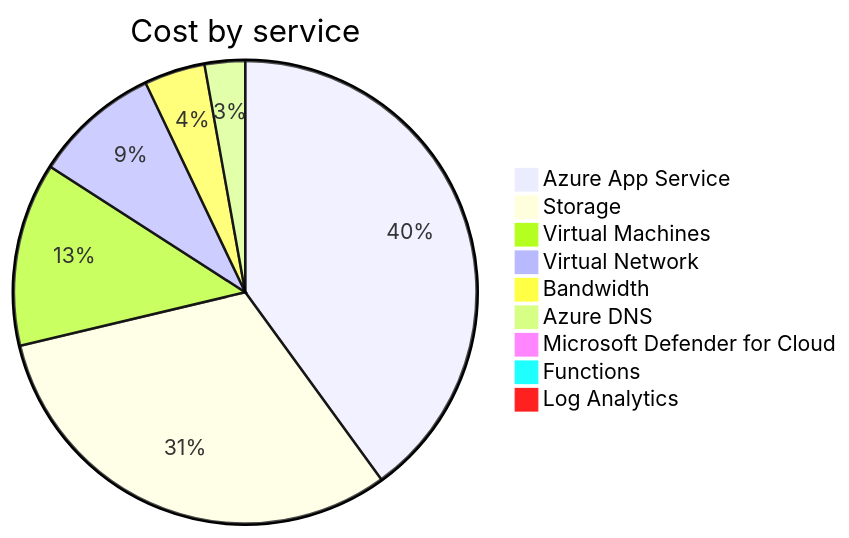
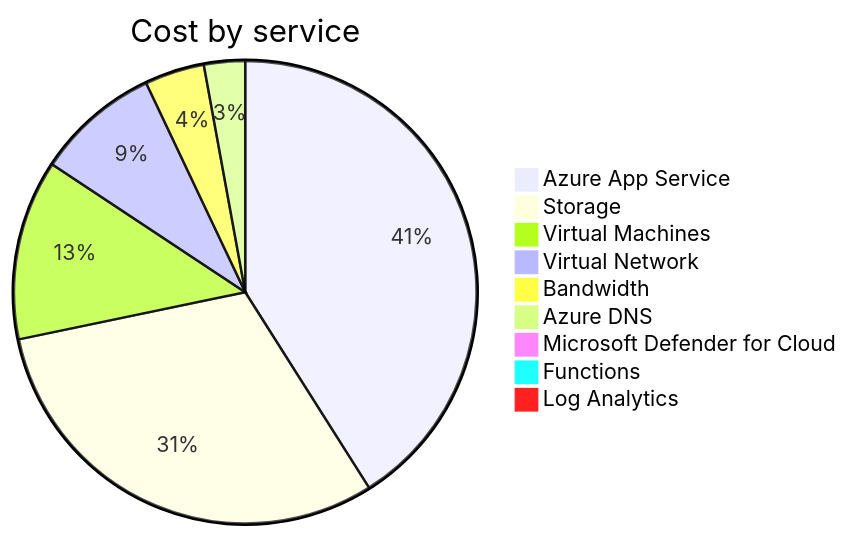
Before and after one commit to jpfulton/azure-personal-reports: the second of 4 diagrams in cost-reports/accumulated-cost.md, drawn with Mermaid. The commit also changed other lines of this file and 4 other files, not shown here.

````diff
--- a/cost-reports/accumulated-cost.md
+++ b/cost-reports/accumulated-cost.md
@@ -103,13 +103,13 @@
 ```mermaid
 pie
    title Cost by service
-   "Azure App Service" : 11.20
-   "Storage" : 8.76
+   "Azure App Service" : 11.71
+   "Storage" : 8.77
    "Virtual Machines" : 3.59
    "Virtual Network" : 2.47
    "Bandwidth" : 1.19
-   "Azure DNS" : 0.79
+   "Azure DNS" : 0.82
    "Microsoft Defender for Cloud" : 0.10
    "Functions" : 0.00
    "Log Analytics" : 0.00
 ```
````
